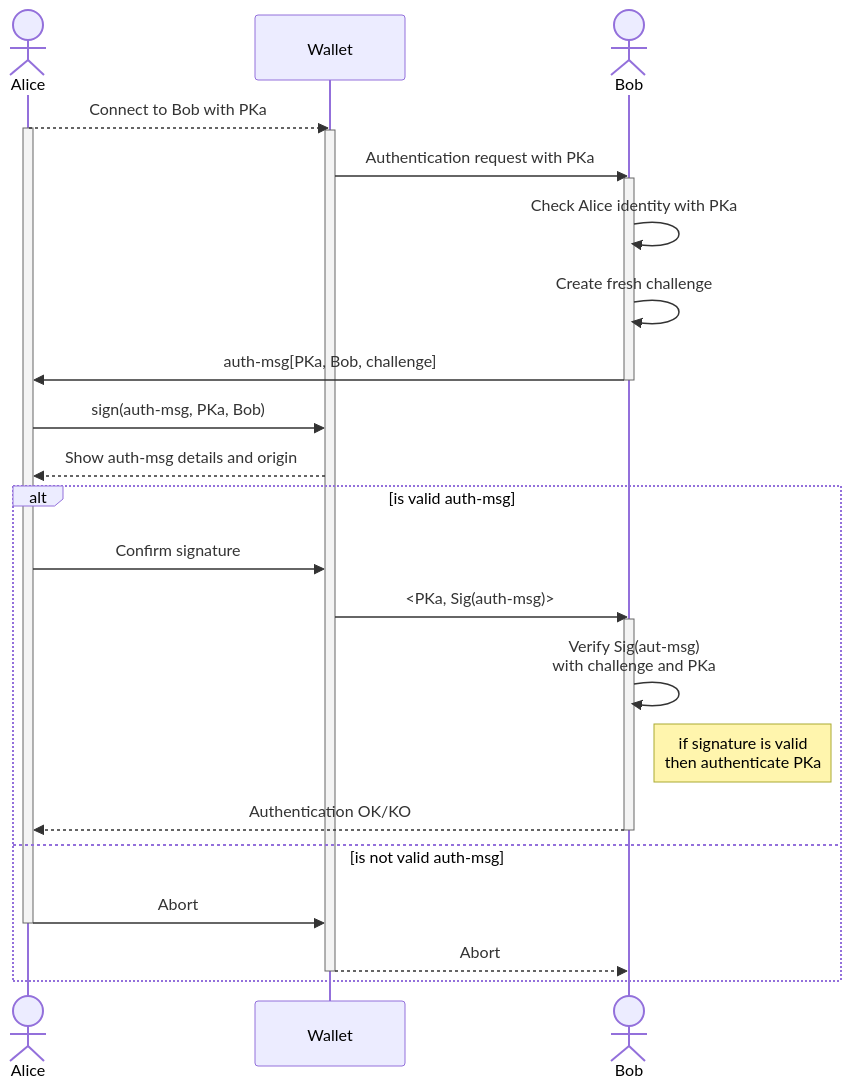
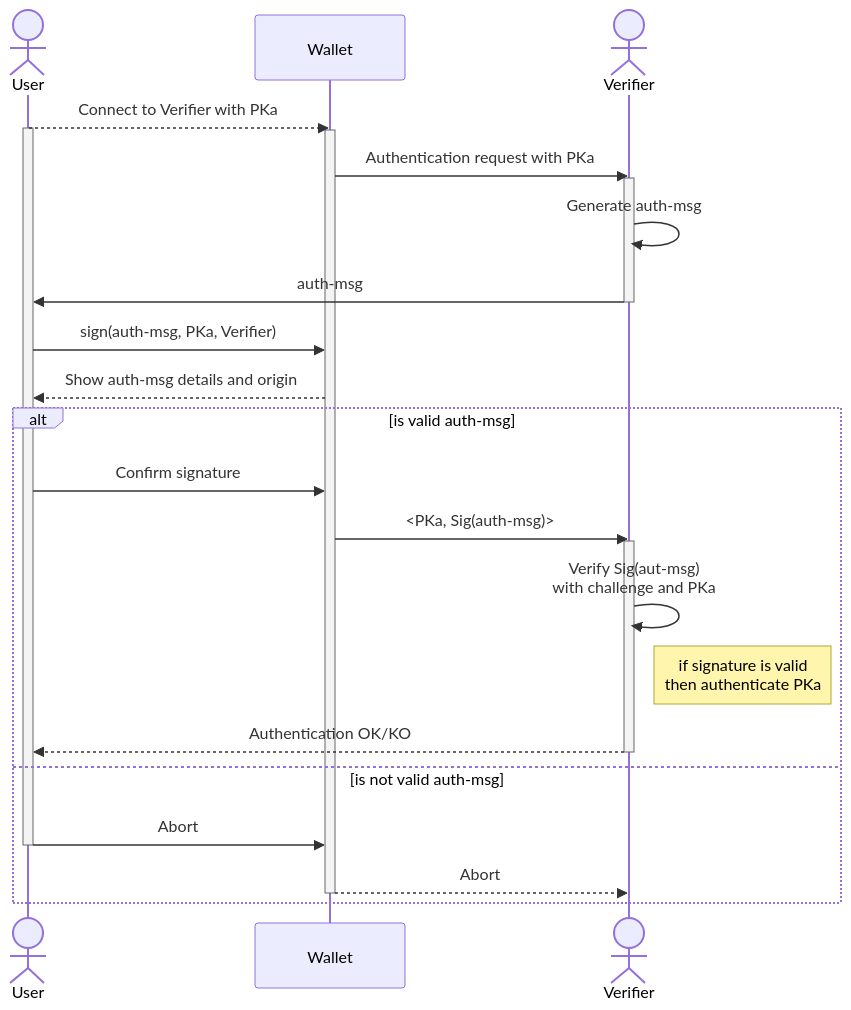
The first of 3 diagrams in ARCs/arc-0031.md (algorandfoundation/ARCs), drawn with Mermaid before and after one commit. The commit also changed other lines of this file, not shown here.

````diff
--- a/ARCs/arc-0031.md
+++ b/ARCs/arc-0031.md
@@ -87,31 +88,30 @@
 ```mermaid
 sequenceDiagram
-    actor A as Alice
+    actor U as User
     participant W as Wallet
-    actor B as Bob
-    A-->>W: Connect to Bob with PKa
-    activate A
+    actor V as Verifier
+    U-->>W: Connect to Verifier with PKa
+    activate U
     activate W
-    W->>B: Authentication request with PKa
-    activate B
-    B->>B: Check Alice identity with PKa
-    B->>B: Create fresh challenge
-    B->>A: auth-msg[PKa, Bob, challenge]
-    deactivate B
-    A->>W: sign(auth-msg, PKa, Bob)
-    W-->>A: Show auth-msg details and origin
+    W->>V: Authentication request with PKa
+    activate V
+    V->>V: Generate auth-msg
+    V->>U: auth-msg
+    deactivate V
+    U->>W: sign(auth-msg, PKa, Verifier)
+    W-->>U: Show auth-msg details and origin
     alt is valid auth-msg
-        A->>W: Confirm signature
-        W->>B: <PKa, Sig(auth-msg)>
-        activate B
-        B->>B: Verify Sig(aut-msg) <br/> with challenge and PKa
-        Note right of B: if signature is valid<br/>then authenticate PKa
-        B-->>A: Authentication OK/KO
-        deactivate B
+        U->>W: Confirm signature
+        W->>V: <PKa, Sig(auth-msg)>
+        activate V
+        V->>V: Verify Sig(aut-msg) <br/> with challenge and PKa
+        Note right of V: if signature is valid<br/>then authenticate PKa
+        V-->>U: Authentication OK/KO
+        deactivate V
     else is not valid auth-msg
-        A->>W: Abort
-        deactivate A
-        W-->>B: Abort
+        U->>W: Abort
+        deactivate U
+        W-->>V: Abort
         deactivate W
     end
 ```
````
